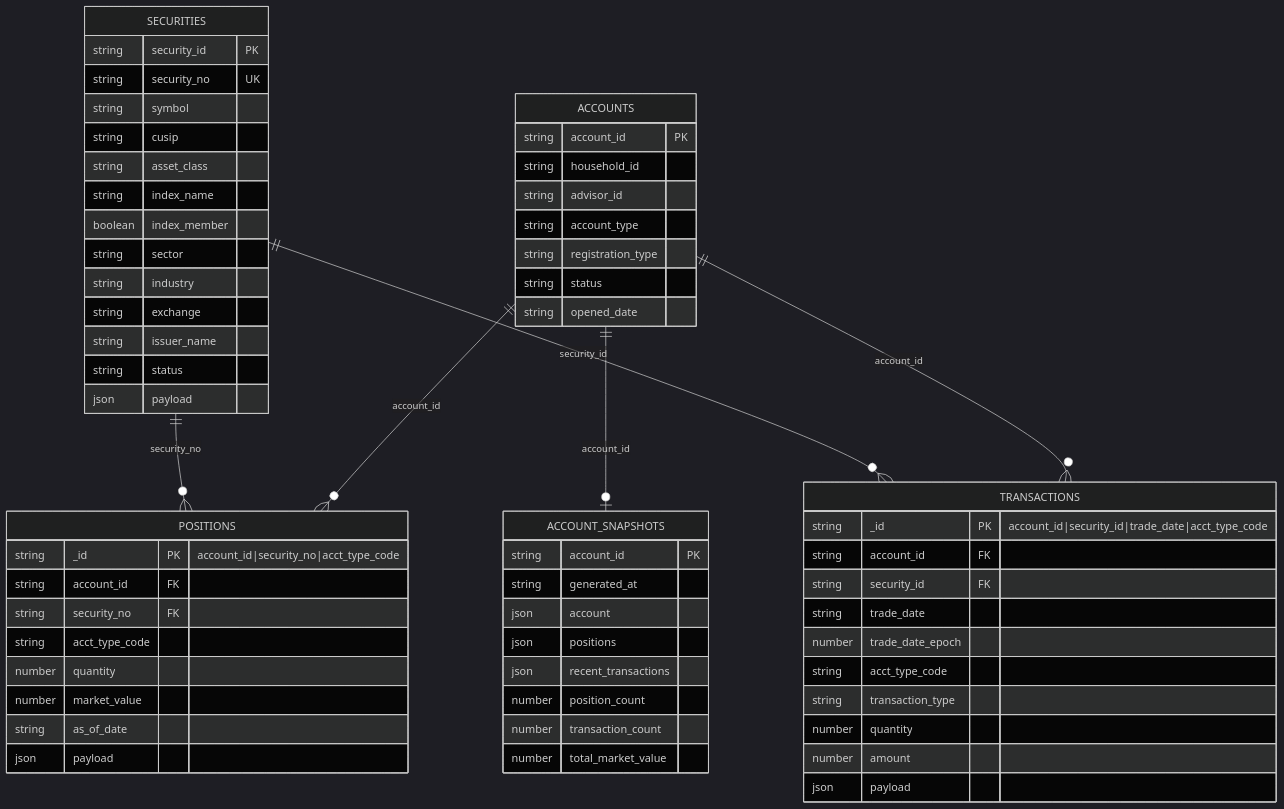
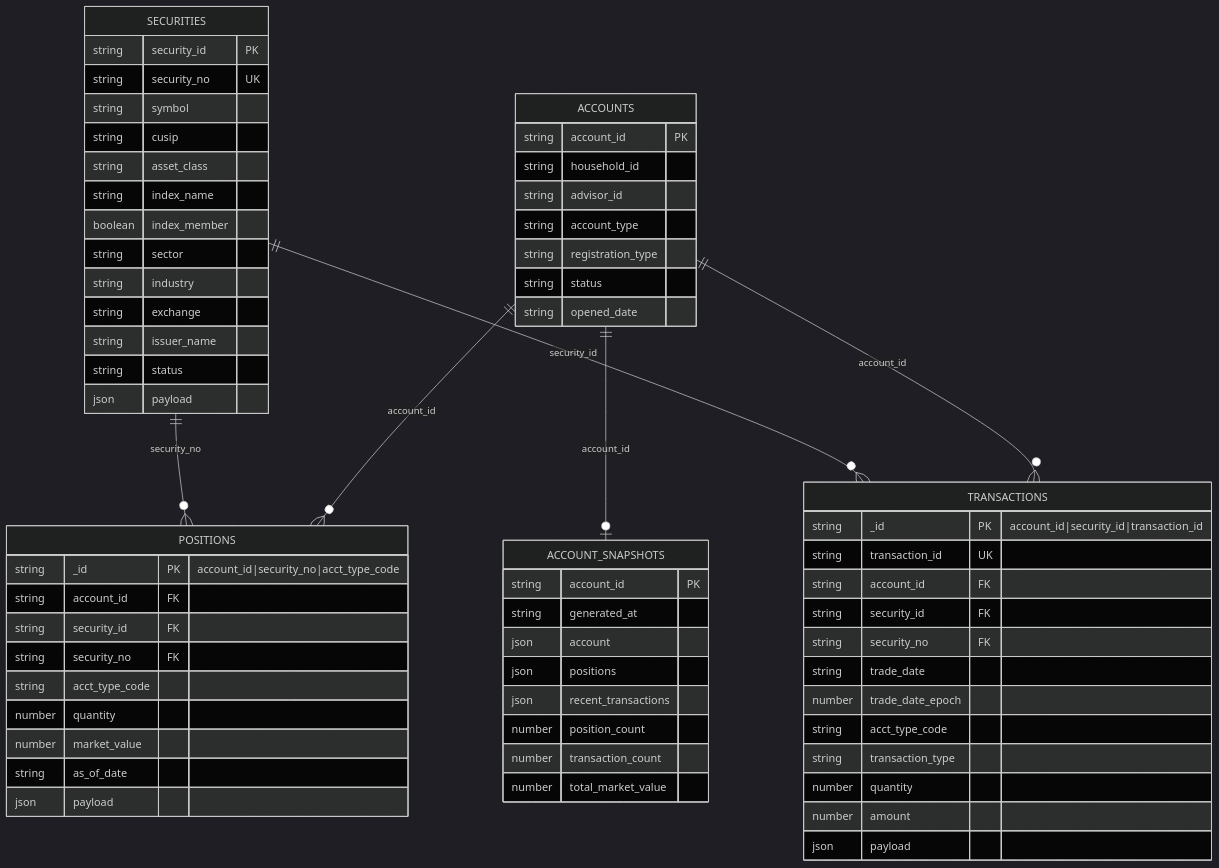
The first of 4 diagrams in README.md (alberttwong/redis_financial_demo), drawn with Mermaid (dark theme) before and after one commit. The commit also changed other lines of this file and 20 other files, not shown here.

````diff
--- a/README.md
+++ b/README.md
@@ -73,69 +103,72 @@
 ```mermaid
 erDiagram
     ACCOUNTS ||--o{ POSITIONS : "account_id"
     ACCOUNTS ||--o{ TRANSACTIONS : "account_id"
     SECURITIES ||--o{ POSITIONS : "security_no"
     SECURITIES ||--o{ TRANSACTIONS : "security_id"
     ACCOUNTS ||--o| ACCOUNT_SNAPSHOTS : "account_id"
 
     ACCOUNTS {
         string account_id PK
         string household_id
         string advisor_id
         string account_type
         string registration_type
         string status
         string opened_date
     }
 
     SECURITIES {
         string security_id PK
         string security_no UK
         string symbol
         string cusip
         string asset_class
         string index_name
         boolean index_member
         string sector
         string industry
         string exchange
         string issuer_name
         string status
         json payload
     }
 
     POSITIONS {
         string _id PK "account_id|security_no|acct_type_code"
         string account_id FK
+        string security_id FK
         string security_no FK
         string acct_type_code
         number quantity
         number market_value
         string as_of_date
         json payload
     }
 
     TRANSACTIONS {
-        string _id PK "account_id|security_id|trade_date|acct_type_code"
+        string _id PK "account_id|security_id|transaction_id"
+        string transaction_id UK
         string account_id FK
         string security_id FK
+        string security_no FK
         string trade_date
         number trade_date_epoch
         string acct_type_code
         string transaction_type
         number quantity
         number amount
         json payload
     }
 
     ACCOUNT_SNAPSHOTS {
         string account_id PK
         string generated_at
         json account
         json positions
         json recent_transactions
         number position_count
         number transaction_count
         number total_market_value
     }
 ```
````
